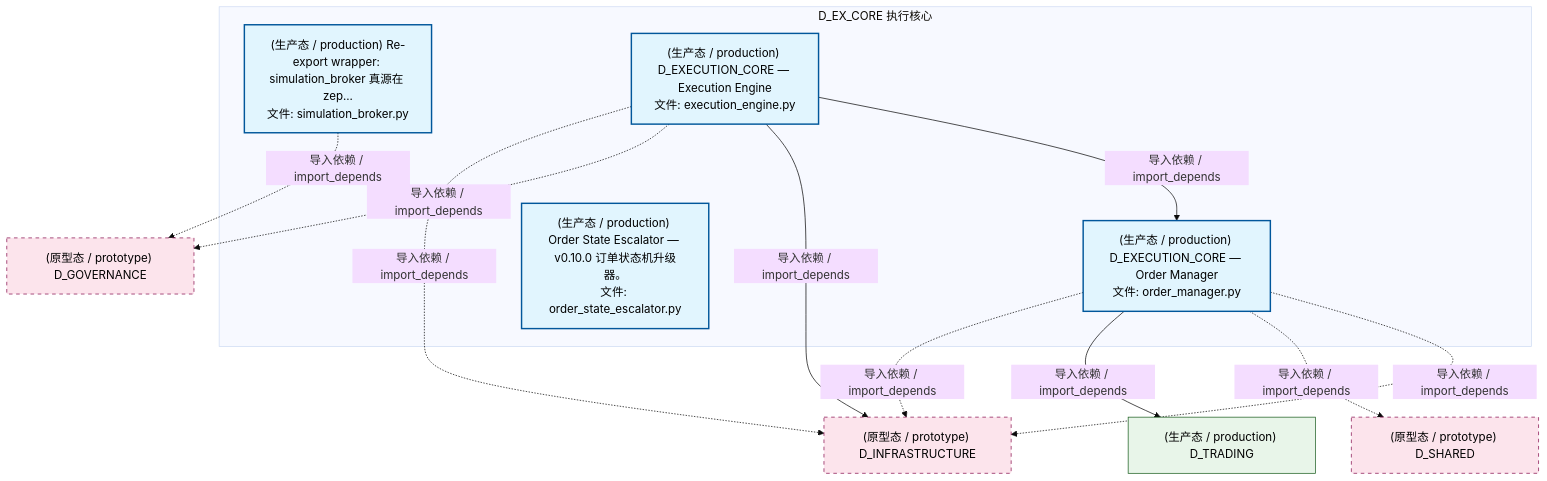
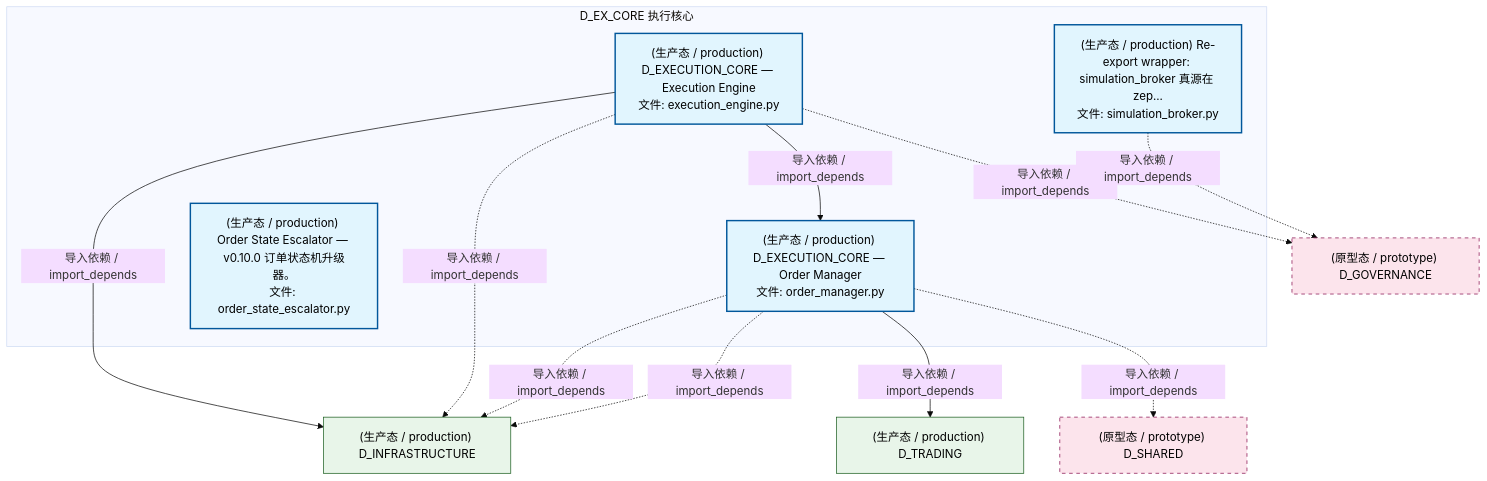
One commit to xuanFelixVan/ZephyrAlpha changed the second of 5 diagrams in docs/02_enterprise_architecture/02_domain_architecture_docs/34_d_ex_core.md. Above: the diagram before and after it, drawn with Mermaid (base theme). The commit also changed other lines of this file and 98 other files, not shown here.

````diff
--- a/docs/02_enterprise_architecture/02_domain_architecture_docs/34_d_ex_core.md
+++ b/docs/02_enterprise_architecture/02_domain_architecture_docs/34_d_ex_core.md
@@ -126,29 +126,29 @@
 ```mermaid
 graph TD
     subgraph D_EX_CORE["D_EX_CORE 执行核心"]
         src_zephyr_ex_core_adapters_simulation_broker_py["(生产态 / production) Re-export wrapper: simulation_broker 真源在 zep...<br/>文件: simulation_broker.py"]
         src_zephyr_ex_core_execution_engine_py["(生产态 / production) D_EXECUTION_CORE — Execution Engine<br/>文件: execution_engine.py"]
         src_zephyr_ex_core_order_manager_py["(生产态 / production) D_EXECUTION_CORE — Order Manager<br/>文件: order_manager.py"]
         src_zephyr_governance_escalation_order_state_escalator_py["(生产态 / production) Order State Escalator — v0.10.0 订单状态机升级器。<br/>文件: order_state_escalator.py"]
     end
     src_zephyr_ex_core_execution_engine_py -->|导入依赖 / import_depends| src_zephyr_ex_core_order_manager_py
-    D_INFRASTRUCTURE["(原型态 / prototype) D_INFRASTRUCTURE"]
-    src_zephyr_ex_core_order_manager_py -.->|导入依赖 / import_depends| D_INFRASTRUCTURE
-    D_SHARED["(原型态 / prototype) D_SHARED"]
-    src_zephyr_ex_core_order_manager_py -.->|导入依赖 / import_depends| D_SHARED
-    D_TRADING["(生产态 / production) D_TRADING"]
-    src_zephyr_ex_core_order_manager_py -->|导入依赖 / import_depends| D_TRADING
-    src_zephyr_ex_core_order_manager_py -.->|导入依赖 / import_depends| D_INFRASTRUCTURE
+    D_INFRASTRUCTURE["(生产态 / production) D_INFRASTRUCTURE"]
     src_zephyr_ex_core_execution_engine_py -->|导入依赖 / import_depends| D_INFRASTRUCTURE
     D_GOVERNANCE["(原型态 / prototype) D_GOVERNANCE"]
     src_zephyr_ex_core_execution_engine_py -.->|导入依赖 / import_depends| D_GOVERNANCE
     src_zephyr_ex_core_execution_engine_py -.->|导入依赖 / import_depends| D_INFRASTRUCTURE
     src_zephyr_ex_core_adapters_simulation_broker_py -.->|导入依赖 / import_depends| D_GOVERNANCE
+    D_SHARED["(原型态 / prototype) D_SHARED"]
+    src_zephyr_ex_core_order_manager_py -.->|导入依赖 / import_depends| D_SHARED
+    src_zephyr_ex_core_order_manager_py -.->|导入依赖 / import_depends| D_INFRASTRUCTURE
+    D_TRADING["(生产态 / production) D_TRADING"]
+    src_zephyr_ex_core_order_manager_py -->|导入依赖 / import_depends| D_TRADING
+    src_zephyr_ex_core_order_manager_py -.->|导入依赖 / import_depends| D_INFRASTRUCTURE
     classDef production fill:#e1f5fe,stroke:#01579b,stroke-width:2px,color:#000
     classDef design fill:#fff3e0,stroke:#e65100,stroke-width:2px,color:#000,stroke-dasharray: 5 5
     classDef external_prod fill:#e8f5e9,stroke:#1b5e20,stroke-width:1px,color:#000
     classDef external_design fill:#fce4ec,stroke:#880e4f,stroke-width:1px,color:#000,stroke-dasharray: 5 5
     class src_zephyr_ex_core_adapters_simulation_broker_py,src_zephyr_ex_core_execution_engine_py,src_zephyr_ex_core_order_manager_py,src_zephyr_governance_escalation_order_state_escalator_py production
-    class D_TRADING external_prod
-    class D_INFRASTRUCTURE,D_SHARED,D_GOVERNANCE external_design
+    class D_INFRASTRUCTURE,D_TRADING external_prod
+    class D_GOVERNANCE,D_SHARED external_design
 ```
````
